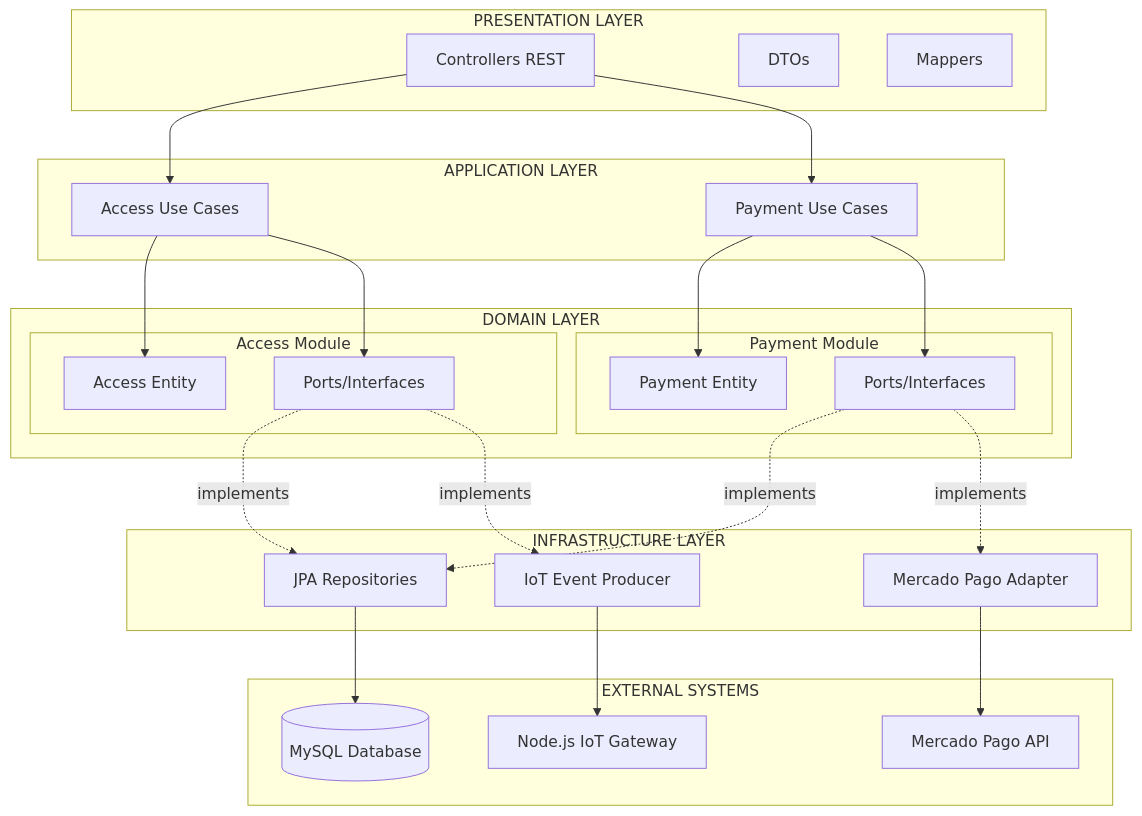
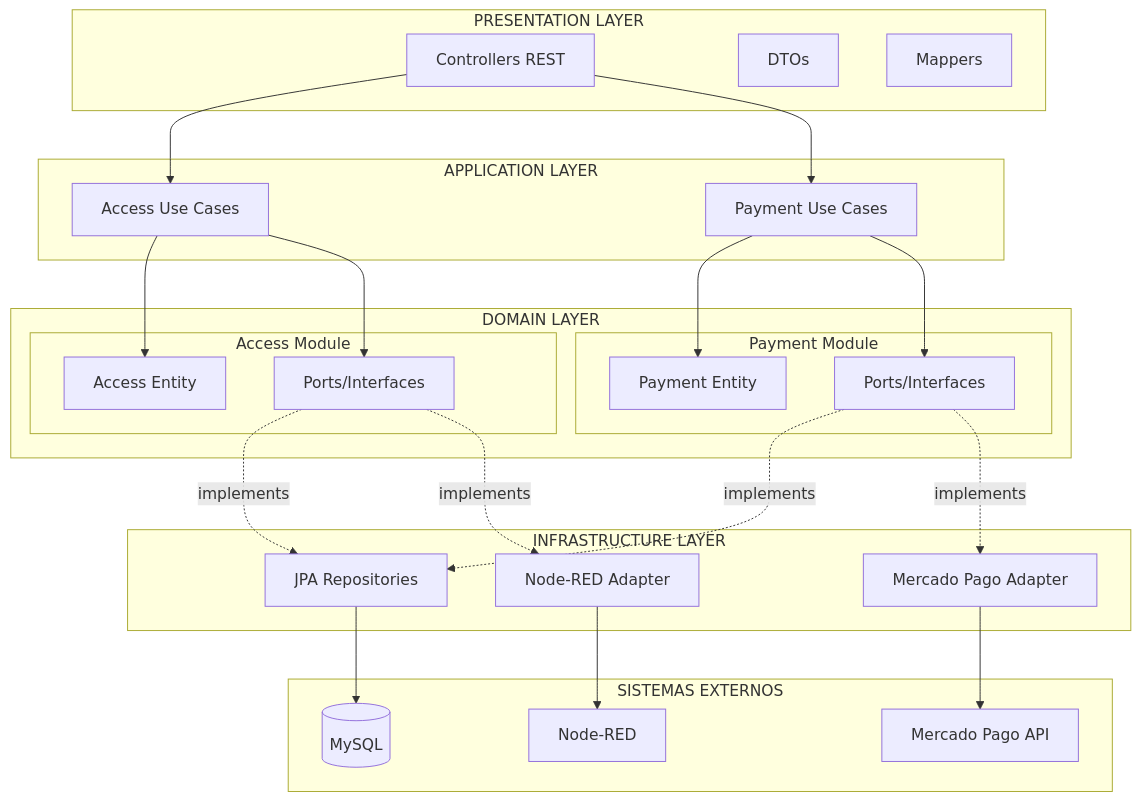
One commit to Luca5Eckert/OpenIt changed the diagram in back/README.md. Above: the diagram before and after it, drawn with Mermaid. The commit also changed other lines of this file and 2 other files, not shown here.

````diff
--- a/back/README.md
+++ b/back/README.md
@@ -80,54 +167,54 @@
 ```mermaid
 flowchart TB
     subgraph Presentation["PRESENTATION LAYER"]
         CTRL["Controllers REST"]
         DTO["DTOs"]
         MAPPER["Mappers"]
     end
     
     subgraph Application["APPLICATION LAYER"]
         UC_ACCESS["Access Use Cases"]
         UC_PAYMENT["Payment Use Cases"]
     end
     
     subgraph Domain["DOMAIN LAYER"]
         subgraph AccessBC["Access Module"]
             ACCESS_MODEL["Access Entity"]
             ACCESS_PORT["Ports/Interfaces"]
         end
         
         subgraph PaymentBC["Payment Module"]
             PAYMENT_MODEL["Payment Entity"]
             PAYMENT_PORT["Ports/Interfaces"]
         end
     end
     
     subgraph Infrastructure["INFRASTRUCTURE LAYER"]
         JPA["JPA Repositories"]
         MP["Mercado Pago Adapter"]
-        NODE_PROD["IoT Event Producer"]
+        NODE_PROD["Node-RED Adapter"]
     end
     
-    subgraph External["EXTERNAL SYSTEMS"]
+    subgraph External["SISTEMAS EXTERNOS"]
         MERCADO["Mercado Pago API"]
-        NODE["Node.js IoT Gateway"]
-        MYSQL[("MySQL Database")]
+        NODE["Node-RED"]
+        MYSQL[("MySQL")]
     end
     
     CTRL --> UC_ACCESS
     CTRL --> UC_PAYMENT
     
     UC_ACCESS --> ACCESS_MODEL
     UC_ACCESS --> ACCESS_PORT
     UC_PAYMENT --> PAYMENT_MODEL
     UC_PAYMENT --> PAYMENT_PORT
     
     ACCESS_PORT -.implements.-> JPA
     ACCESS_PORT -.implements.-> NODE_PROD
     PAYMENT_PORT -.implements.-> JPA
     PAYMENT_PORT -.implements.-> MP
     
     JPA --> MYSQL
     MP --> MERCADO
     NODE_PROD --> NODE
 ```
````
